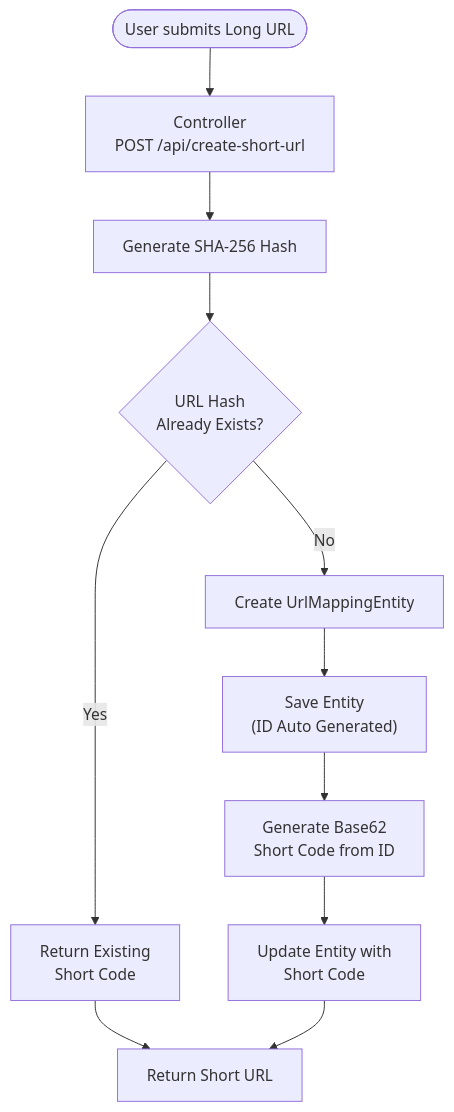
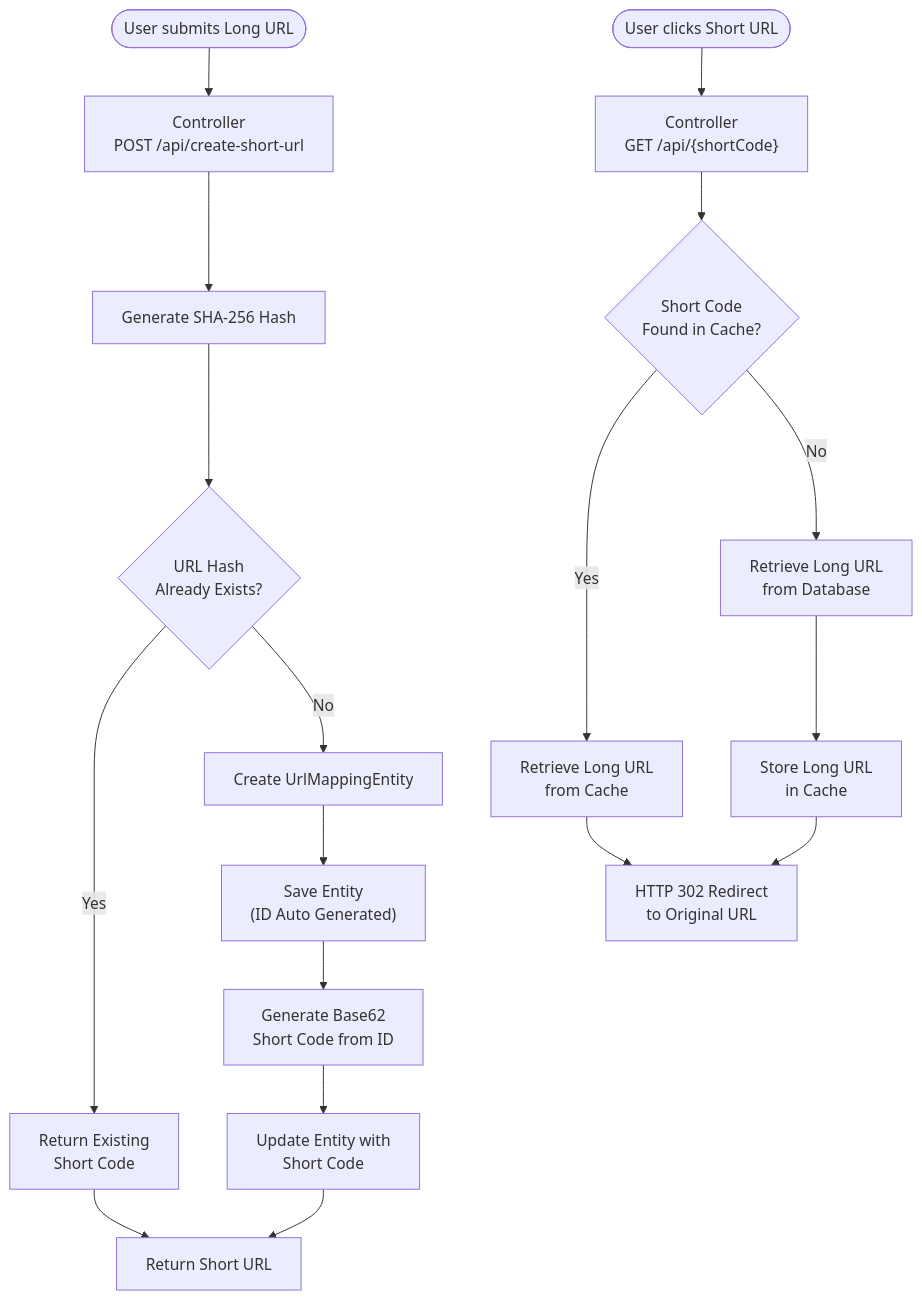
One commit to AshfiM/url-shortner changed the diagram in README.MD. Above: the diagram before and after it, drawn with Mermaid.

Commit message:
diagram update

````diff
--- a/README.MD
+++ b/README.MD
@@ -4,41 +4,73 @@
 ```mermaid
 ---
 config:
   theme: mc
-  layout: fixed
+  layout: dagre
 ---
 flowchart TB
 
-    Start([User submits Long URL])
+%% ----------------------------
+%% URL Creation
+%% ----------------------------
 
-    Controller["Controller<br/>POST /api/create-short-url"]
+Start([User submits Long URL])
 
-    Hash["Generate SHA-256 Hash"]
+Controller["Controller<br/>POST /api/create-short-url"]
 
-    Check{"URL Hash<br/>Already Exists?"}
+Hash["Generate SHA-256 Hash"]
 
-    Existing["Return Existing<br/>Short Code"]
+Check{"URL Hash<br/>Already Exists?"}
 
-    Create["Create UrlMappingEntity"]
+Existing["Return Existing<br/>Short Code"]
 
-    Save["Save Entity<br/>(ID Auto Generated)"]
+Create["Create UrlMappingEntity"]
 
-    Encode["Generate Base62<br/>Short Code from ID"]
+Save["Save Entity<br/>(ID Auto Generated)"]
 
-    Update["Update Entity with<br/>Short Code"]
+Encode["Generate Base62<br/>Short Code from ID"]
 
-    Response["Return Short URL"]
+Update["Update Entity with<br/>Short Code"]
 
-    Start --> Controller
-    Controller --> Hash
-    Hash --> Check
+Response["Return Short URL"]
 
-    Check -- Yes --> Existing
-    Existing --> Response
+Start --> Controller
+Controller --> Hash
+Hash --> Check
 
-    Check -- No --> Create
-    Create --> Save
-    Save --> Encode
-    Encode --> Update
-    Update --> Response
+Check -- Yes --> Existing
+Existing --> Response
+
+Check -- No --> Create
+Create --> Save
+Save --> Encode
+Encode --> Update
+Update --> Response
+
+%% ----------------------------
+%% URL Redirection
+%% ----------------------------
+
+Click([User clicks Short URL])
+
+RedirectController["Controller<br/>GET /api/{shortCode}"]
+
+Cache{"Short Code<br/>Found in Cache?"}
+
+CacheHit["Retrieve Long URL<br/>from Cache"]
+
+Database["Retrieve Long URL<br/>from Database"]
+
+UpdateCache["Store Long URL<br/>in Cache"]
+
+Redirect["HTTP 302 Redirect<br/>to Original URL"]
+
+Click --> RedirectController
+RedirectController --> Cache
+
+Cache -- Yes --> CacheHit
+CacheHit --> Redirect
+
+Cache -- No --> Database
+Database --> UpdateCache
+UpdateCache --> Redirect
 ```
````
